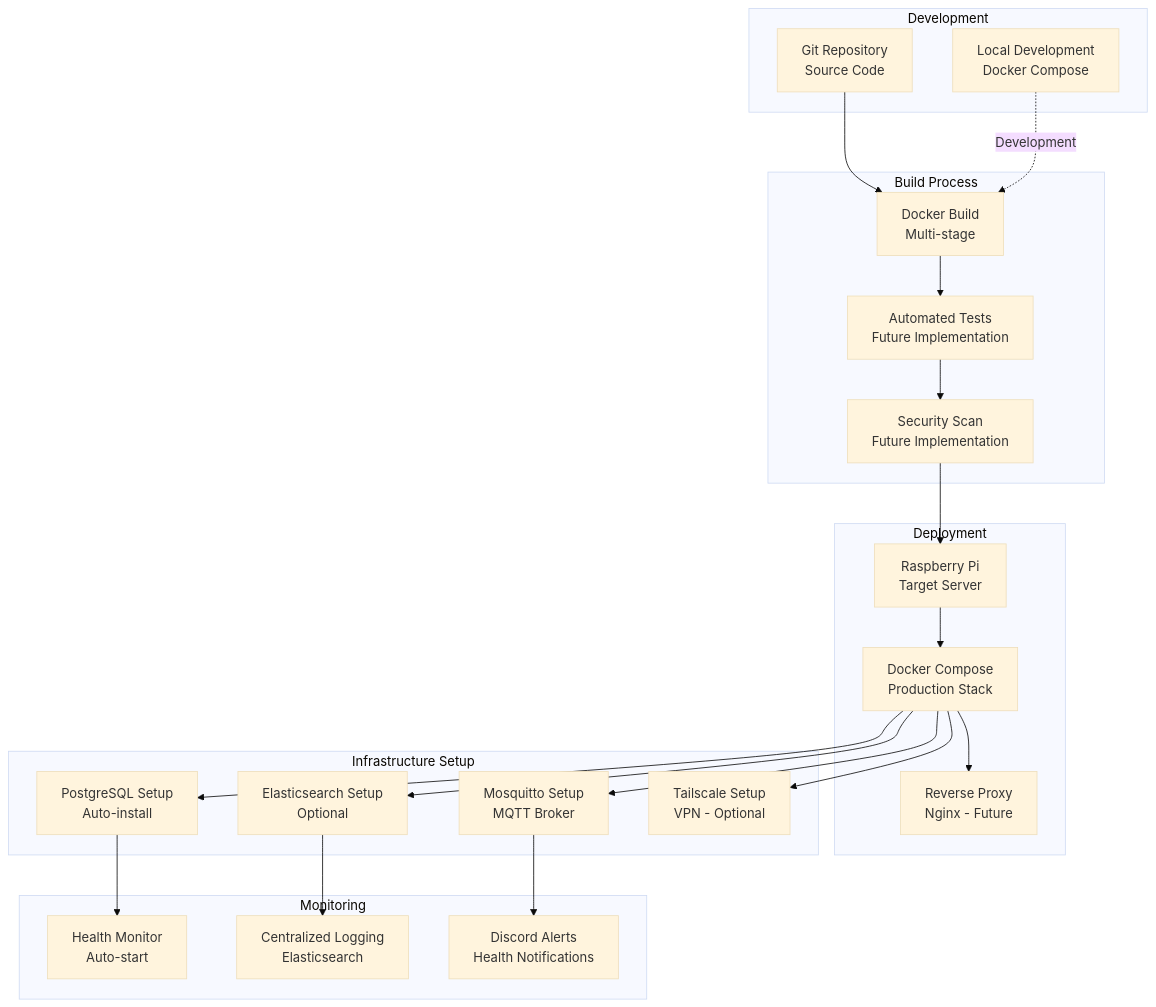
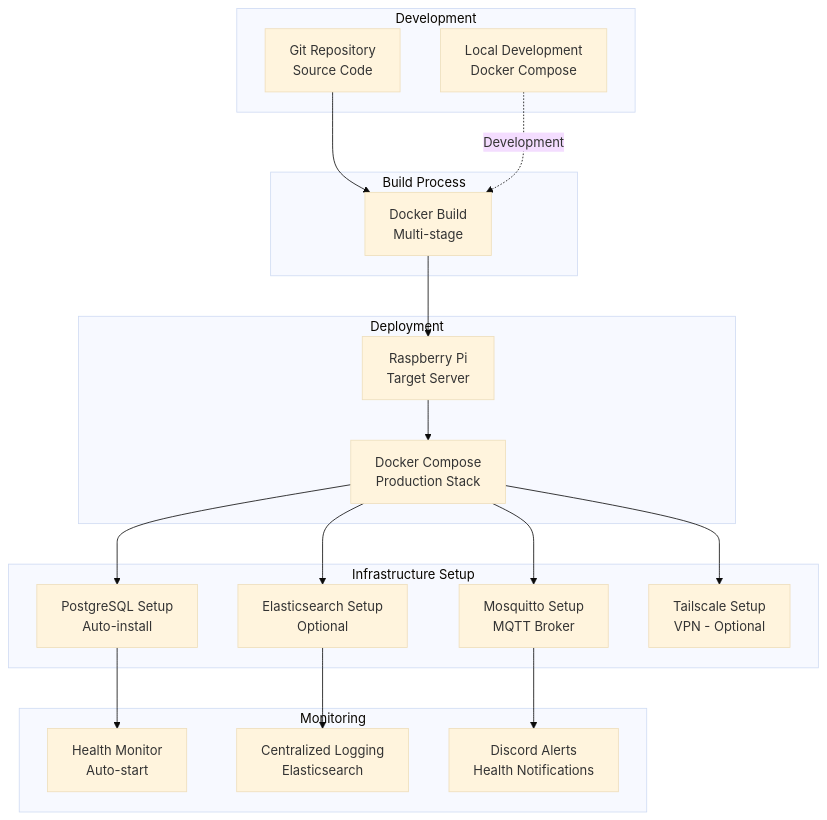
The tenth of 12 diagrams in SYSTEM_ARCHITECTURE.md (millenniumist/church-financial-report), drawn with Mermaid (base theme) before and after one commit. The commit also changed other lines of this file and 4 other files, not shown here.

````diff
--- a/SYSTEM_ARCHITECTURE.md
+++ b/SYSTEM_ARCHITECTURE.md
@@ -749,51 +739,45 @@
 ```mermaid
 graph TD
     subgraph "Development"
         GIT[Git Repository<br/>Source Code]
         LOCAL[Local Development<br/>Docker Compose]
     end
 
     subgraph "Build Process"
         DOCKER[Docker Build<br/>Multi-stage]
-        TEST[Automated Tests<br/>Future Implementation]
-        SCAN[Security Scan<br/>Future Implementation]
     end
 
     subgraph "Deployment"
         REMOTE[Raspberry Pi<br/>Target Server]
         DOCKER2[Docker Compose<br/>Production Stack]
-        PROXY[Reverse Proxy<br/>Nginx - Future]
     end
 
     subgraph "Infrastructure Setup"
         POSTGRES[PostgreSQL Setup<br/>Auto-install]
         ELASTIC[Elasticsearch Setup<br/>Optional]
         MQTT4[Mosquitto Setup<br/>MQTT Broker]
         TAIL[Tailscale Setup<br/>VPN - Optional]
     end
 
     subgraph "Monitoring"
         HEALTH[Health Monitor<br/>Auto-start]
         LOGS[Centralized Logging<br/>Elasticsearch]
         ALERTS[Discord Alerts<br/>Health Notifications]
     end
 
     GIT --> DOCKER
-    DOCKER --> TEST
-    TEST --> SCAN
-    SCAN --> REMOTE
+    DOCKER --> REMOTE
 
     REMOTE --> DOCKER2
-    DOCKER2 --> PROXY
 
     DOCKER2 --> POSTGRES
     DOCKER2 --> ELASTIC
     DOCKER2 --> MQTT4
     DOCKER2 --> TAIL
 
     POSTGRES --> HEALTH
     ELASTIC --> LOGS
     MQTT4 --> ALERTS
 
     LOCAL -.->|Development| DOCKER
 ```
````
